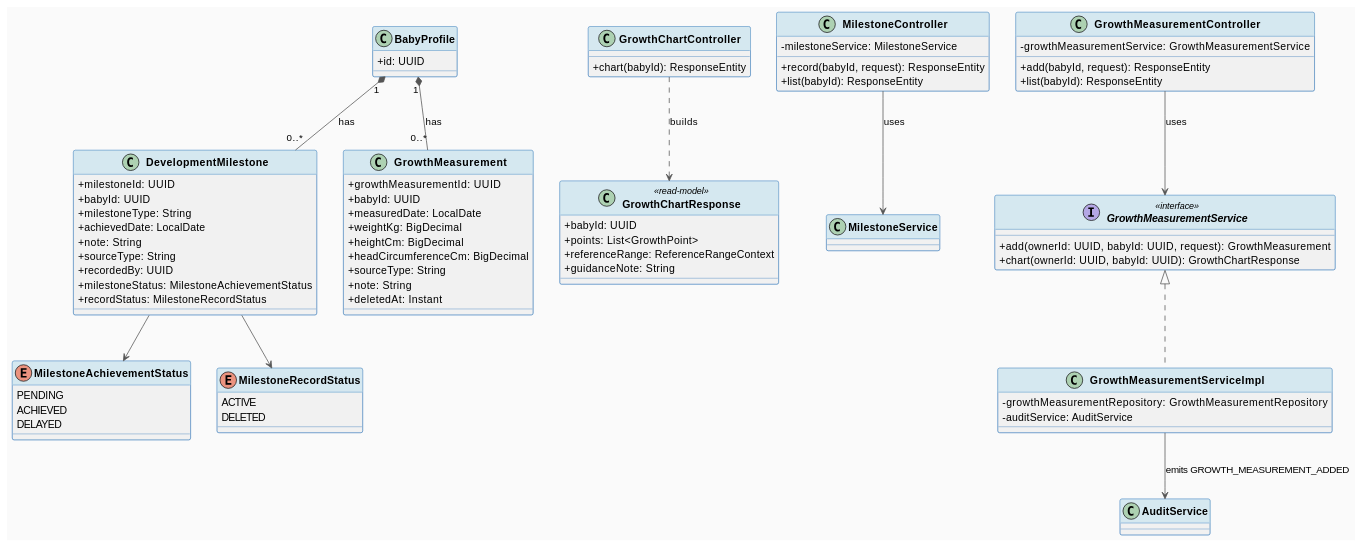
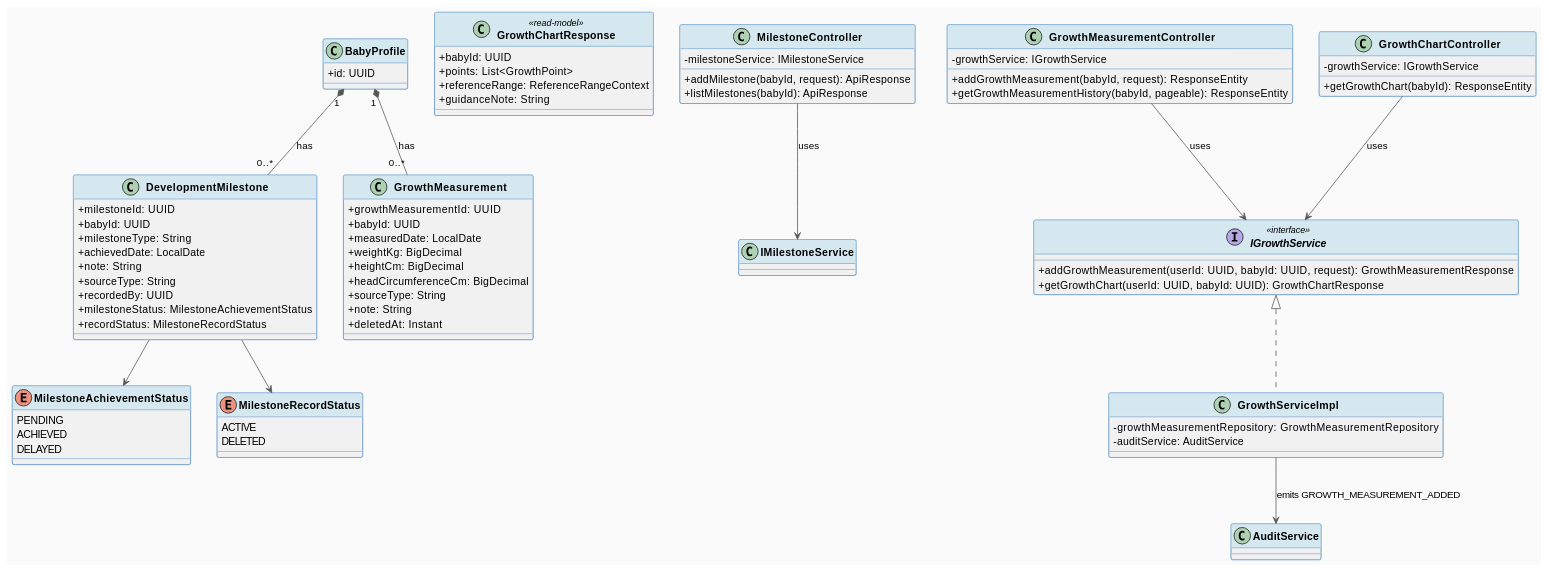
The first of 2 diagrams in docs/Detailed_Design/MF03_Baby_Care_Growth_Vaccination/02_Growth_Development_Tracking.md (ChuongBDHE172784/CareBridge_SEP490_G79), drawn with PlantUML before and after one commit. The commit also changed other lines of this file and 97 other files, not shown here.

Commit message:
docs: update detailed design documentation with new diagrams and restructured module files.

````diff
--- a/docs/Detailed_Design/MF03_Baby_Care_Growth_Vaccination/02_Growth_Development_Tracking.md
+++ b/docs/Detailed_Design/MF03_Baby_Care_Growth_Vaccination/02_Growth_Development_Tracking.md
@@ -78,27 +78,28 @@
 }
 
 class MilestoneController {
-  - milestoneService: MilestoneService
-  + record(babyId, request): ResponseEntity
-  + list(babyId): ResponseEntity
+  - milestoneService: IMilestoneService
+  + addMilestone(babyId, request): ApiResponse
+  + listMilestones(babyId): ApiResponse
 }
 
 class GrowthMeasurementController {
-  - growthMeasurementService: GrowthMeasurementService
-  + add(babyId, request): ResponseEntity
-  + list(babyId): ResponseEntity
+  - growthService: IGrowthService
+  + addGrowthMeasurement(babyId, request): ResponseEntity
+  + getGrowthMeasurementHistory(babyId, pageable): ResponseEntity
 }
 
 class GrowthChartController {
-  + chart(babyId): ResponseEntity
+  - growthService: IGrowthService
+  + getGrowthChart(babyId): ResponseEntity
 }
 
-interface GrowthMeasurementService <<interface>> {
-  + add(ownerId: UUID, babyId: UUID, request): GrowthMeasurement
-  + chart(ownerId: UUID, babyId: UUID): GrowthChartResponse
+interface IGrowthService <<interface>> {
+  + addGrowthMeasurement(userId: UUID, babyId: UUID, request): GrowthMeasurementResponse
+  + getGrowthChart(userId: UUID, babyId: UUID): GrowthChartResponse
 }
 
-class GrowthMeasurementServiceImpl implements GrowthMeasurementService {
+class GrowthServiceImpl implements IGrowthService {
   - growthMeasurementRepository: GrowthMeasurementRepository
   - auditService: AuditService
 }
@@ -107,10 +108,10 @@
 BabyProfile "1" *-- "0..*" GrowthMeasurement : has
 DevelopmentMilestone --> MilestoneAchievementStatus
 DevelopmentMilestone --> MilestoneRecordStatus
-MilestoneController --> MilestoneService : uses
-GrowthMeasurementController --> GrowthMeasurementService : uses
-GrowthChartController ..> GrowthChartResponse : builds
-GrowthMeasurementServiceImpl --> AuditService : emits GROWTH_MEASUREMENT_ADDED
+MilestoneController --> IMilestoneService : uses
+GrowthMeasurementController --> IGrowthService : uses
+GrowthChartController --> IGrowthService : uses
+GrowthServiceImpl --> AuditService : emits GROWTH_MEASUREMENT_ADDED
 
 @enduml
 ```
````
